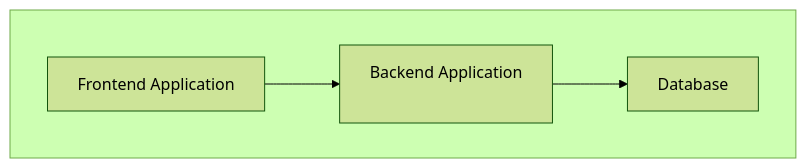
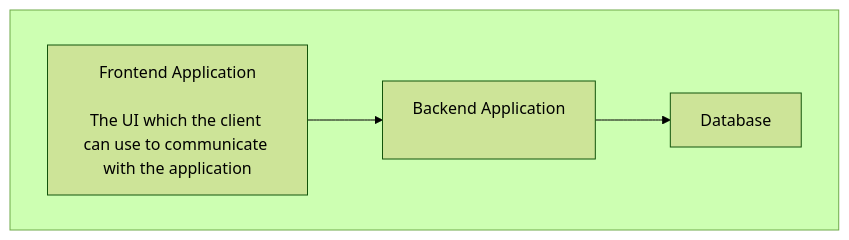
One commit to moldovanolimpiu/File-Search-Engine changed the second of 2 diagrams in ARCHITECTURE.md. Above: the diagram before and after it, drawn with Mermaid (forest theme).

````diff
--- a/ARCHITECTURE.md
+++ b/ARCHITECTURE.md
@@ -14,12 +14,12 @@
 ``` mermaid
 
 flowchart TD
     subgraph Group1[" "]
         A
         B
         C
     end
-    C["Frontend Application"] --> A["Backend Application"]
+    C["Frontend Application\n\nThe UI which the client can use to communicate with the application"] --> A["Backend Application"]
     A["Backend Application\n\n"] --> B["Database"]
 
 ```
````
